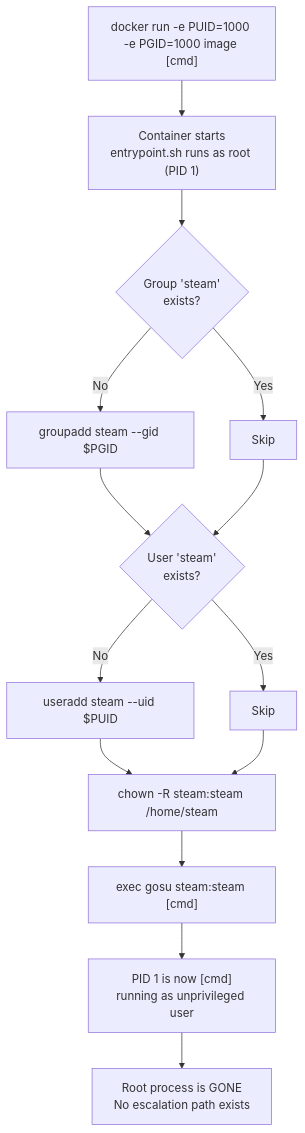
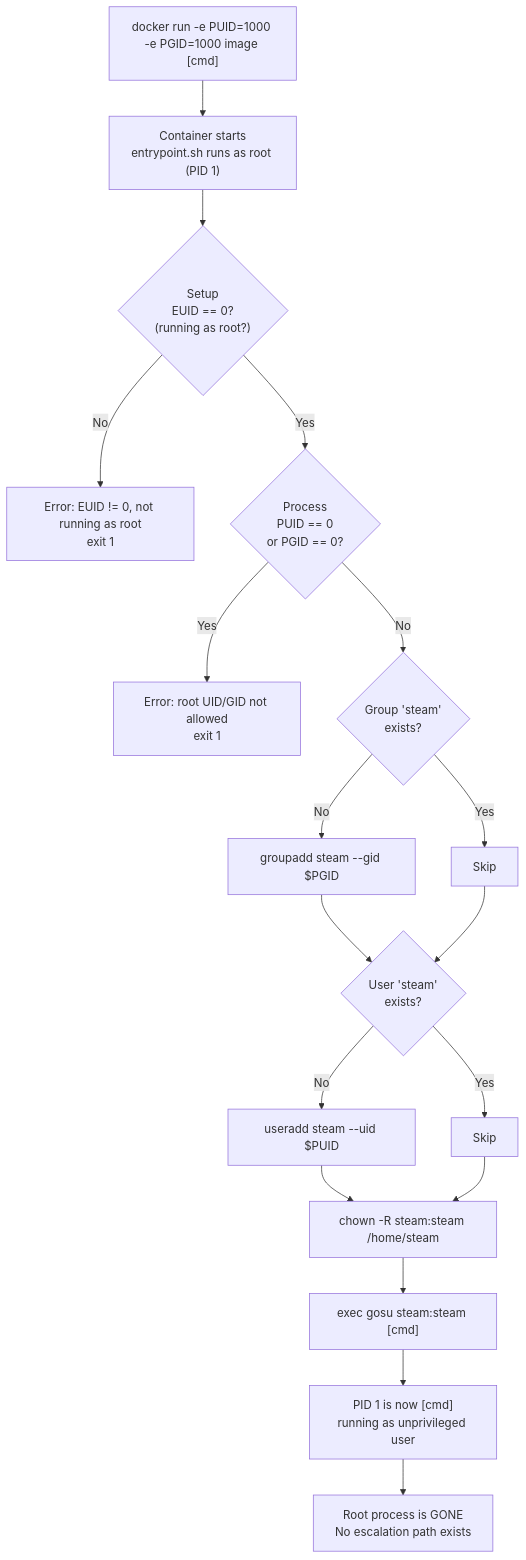
Before and after one commit to jammsen/docker-user-jail-mvp: the diagram in README.md, drawn with Mermaid. The commit also changed other lines of this file and 2 other files, not shown here.

Commit message:
Enhance entrypoint.sh with detailed error messages and checks for root privileges, PUID, and PGID; update README.md to clarify user and group creation logic; modify Dockerfile comments for clarity.

````diff
--- a/README.md
+++ b/README.md
@@ -32,17 +42,21 @@
 ```mermaid
 flowchart TD
     A["docker run -e PUID=1000 -e PGID=1000 image [cmd]"]
     A --> B["Container starts<br/>entrypoint.sh runs as root (PID 1)"]
-    B --> C{"Group 'steam'<br/>exists?"}
-    C -- No --> D["groupadd steam --gid $PGID"]
-    C -- Yes --> E["Skip"]
-    D --> F{"User 'steam'<br/>exists?"}
-    E --> F
-    F -- No --> G["useradd steam --uid $PUID"]
-    F -- Yes --> H["Skip"]
-    G --> I["chown -R steam:steam /home/steam"]
-    H --> I
-    I --> J["exec gosu steam:steam [cmd]"]
-    J --> K["PID 1 is now [cmd]<br/>running as unprivileged user"]
-    K --> L["Root process is GONE<br/>No escalation path exists"]
+    B --> C{"Setup<br/>EUID == 0?<br/>(running as root?)"}
+    C -- No --> ERR1["Error: EUID != 0, not running as root<br/>exit 1"]
+    C -- Yes --> D{"Process<br/>PUID == 0<br/>or PGID == 0?"}
+    D -- Yes --> ERR2["Error: root UID/GID not allowed<br/>exit 1"]
+    D -- No --> E{"Group 'steam'<br/>exists?"}
+    E -- No --> F["groupadd steam --gid $PGID"]
+    E -- Yes --> G["Skip"]
+    F --> H{"User 'steam'<br/>exists?"}
+    G --> H
+    H -- No --> I["useradd steam --uid $PUID"]
+    H -- Yes --> J["Skip"]
+    I --> K["chown -R steam:steam /home/steam"]
+    J --> K
+    K --> L["exec gosu steam:steam [cmd]"]
+    L --> M["PID 1 is now [cmd]<br/>running as unprivileged user"]
+    M --> N["Root process is GONE<br/>No escalation path exists"]
 ```
````
